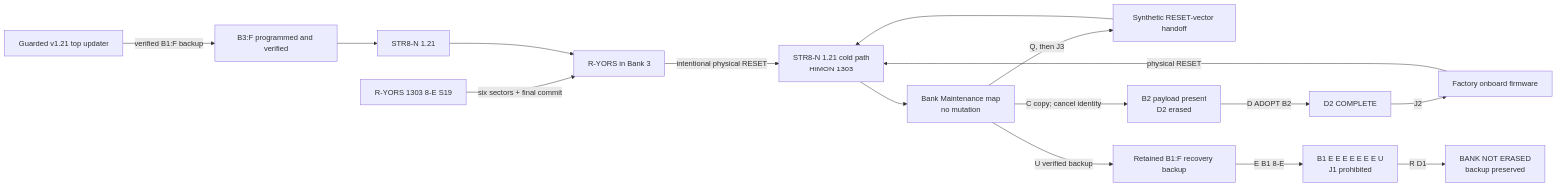
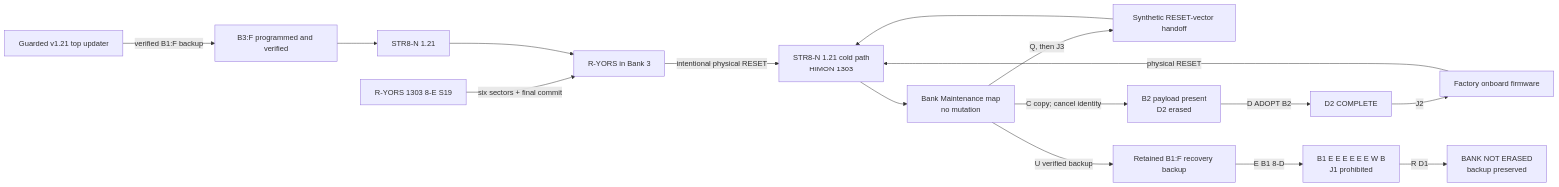
Diagram 11 of 12 in docs/MAPS.md (95westus/STR8-N), drawn with Mermaid before and after one commit. The commit also changed other lines of this file and 17 other files, not shown here.

````diff
--- a/docs/MAPS.md
+++ b/docs/MAPS.md
@@ -335,18 +335,18 @@
 ```mermaid
 flowchart LR
     TOP[Guarded v1.21 top updater] -->|verified B1:F backup| B3F[B3:F programmed and verified]
     B3F --> S[STR8-N 1.21]
     PAYLOAD[R-YORS 1303 8-E S19] -->|six sectors + final commit| B3[R-YORS in Bank 3]
     S --> B3
     B3 -->|intentional physical RESET| COLD[STR8-N 1.21 cold path<br/>HIMON 1303]
     COLD --> BM[Bank Maintenance map<br/>no mutation]
     BM -->|Q, then J3| SYN[Synthetic RESET-vector handoff]
     SYN --> COLD
     BM -->|C copy; cancel identity| B2P[B2 payload present<br/>D2 erased]
     B2P -->|D ADOPT B2| D2[D2 COMPLETE]
     D2 -->|J2| FACTORY[Factory onboard firmware]
     FACTORY -->|physical RESET| COLD
     BM -->|U verified backup| B1F[Retained B1:F recovery backup]
-    B1F -->|E B1 8-E| B1HOLD[B1 E E E E E E E U<br/>J1 prohibited]
+    B1F -->|E B1 8-D| B1HOLD[B1 E E E E E E W B<br/>J1 prohibited]
     B1HOLD -->|R D1| GUARD[BANK NOT ERASED<br/>backup preserved]
 ```
````
